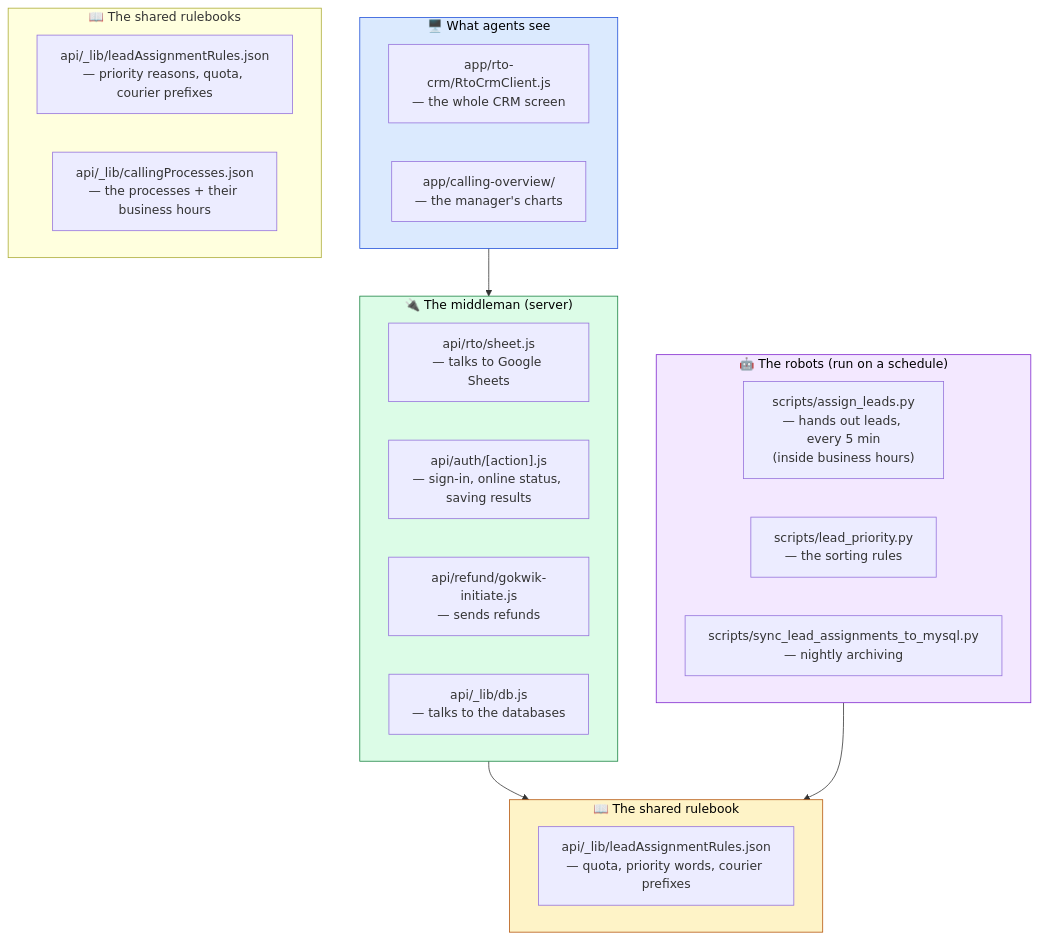
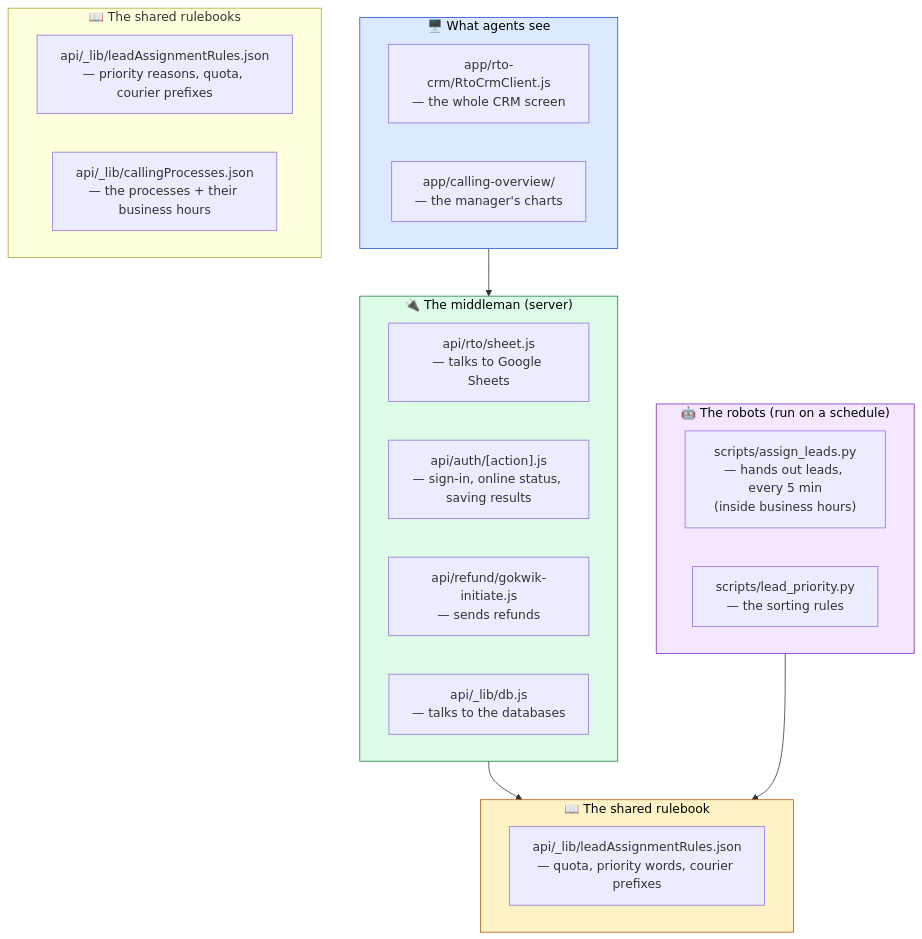
Before and after one commit to mcaff-dj/mcaff-CLS: diagram 15 of 15 in docs/CALLING_CRM_EXPLAINED.md, drawn with Mermaid. The commit also changed other lines of this file and 14 other files, not shown here.

First line of the commit message:
Move lead_assignments off Postgres onto MySQL CLS_RTO_calling directly

````diff
--- a/docs/CALLING_CRM_EXPLAINED.md
+++ b/docs/CALLING_CRM_EXPLAINED.md
@@ -830,38 +802,37 @@
 ```mermaid
 flowchart TD
     subgraph W["🖥️ What agents see"]
       A1["app/rto-crm/RtoCrmClient.js<br/>— the whole CRM screen"]
       A2["app/calling-overview/<br/>— the manager's charts"]
     end
 
     subgraph S["🔌 The middleman (server)"]
       B1["api/rto/sheet.js<br/>— talks to Google Sheets"]
       B2["api/auth/[action].js<br/>— sign-in, online status, saving results"]
       B3["api/refund/gokwik-initiate.js<br/>— sends refunds"]
       B4["api/_lib/db.js<br/>— talks to the databases"]
     end
 
     subgraph R["🤖 The robots (run on a schedule)"]
       C1["scripts/assign_leads.py<br/>— hands out leads, every 5 min<br/>(inside business hours)"]
       C2["scripts/lead_priority.py<br/>— the sorting rules"]
-      C3["scripts/sync_lead_assignments_to_mysql.py<br/>— nightly archiving"]
     end
 
     subgraph K["📖 The shared rulebooks"]
       D1["api/_lib/leadAssignmentRules.json<br/>— priority reasons, quota, courier prefixes"]
       D2["api/_lib/callingProcesses.json<br/>— the processes + their business hours"]
     end
 
     subgraph D["📖 The shared rulebook"]
       E1["api/_lib/leadAssignmentRules.json<br/>— quota, priority words, courier prefixes"]
     end
 
     W --> S
     S --> D
     R --> D
 
     style D fill:#fef3c7,stroke:#b45309,color:#000
     style W fill:#dbeafe,stroke:#1d4ed8,color:#000
     style S fill:#dcfce7,stroke:#15803d,color:#000
     style R fill:#f3e8ff,stroke:#7e22ce,color:#000
 ```
````
